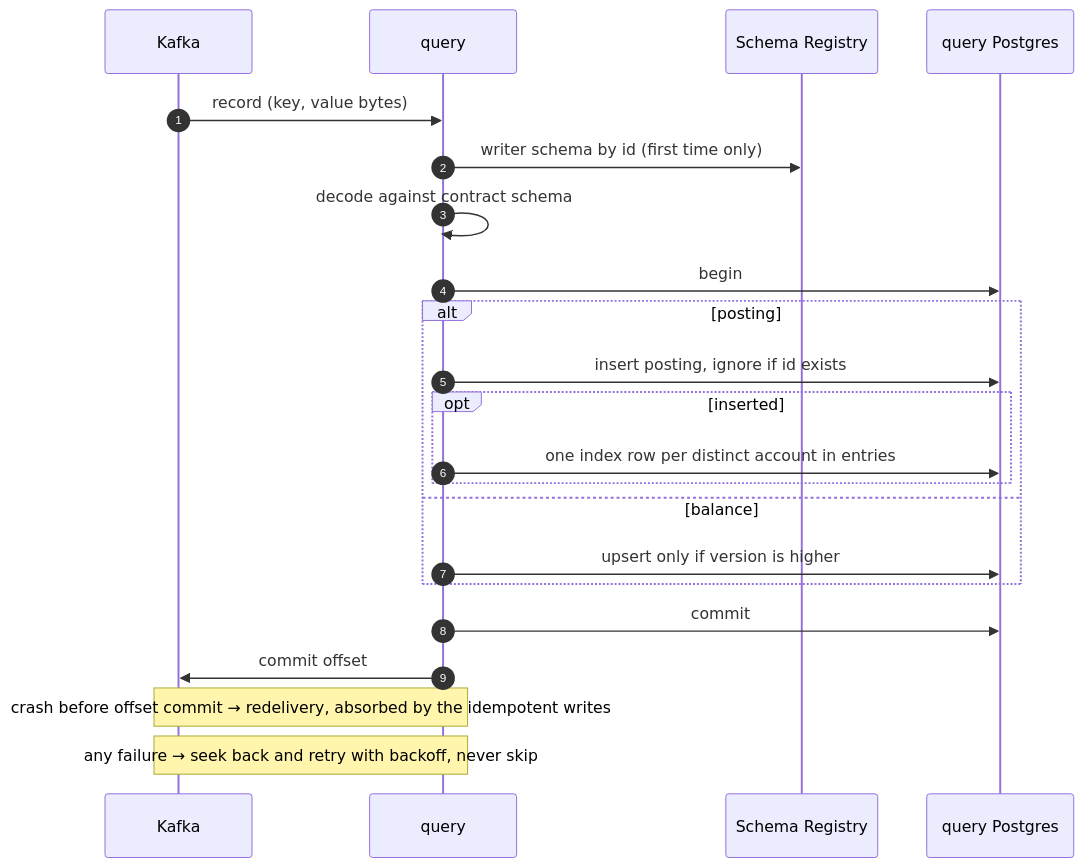
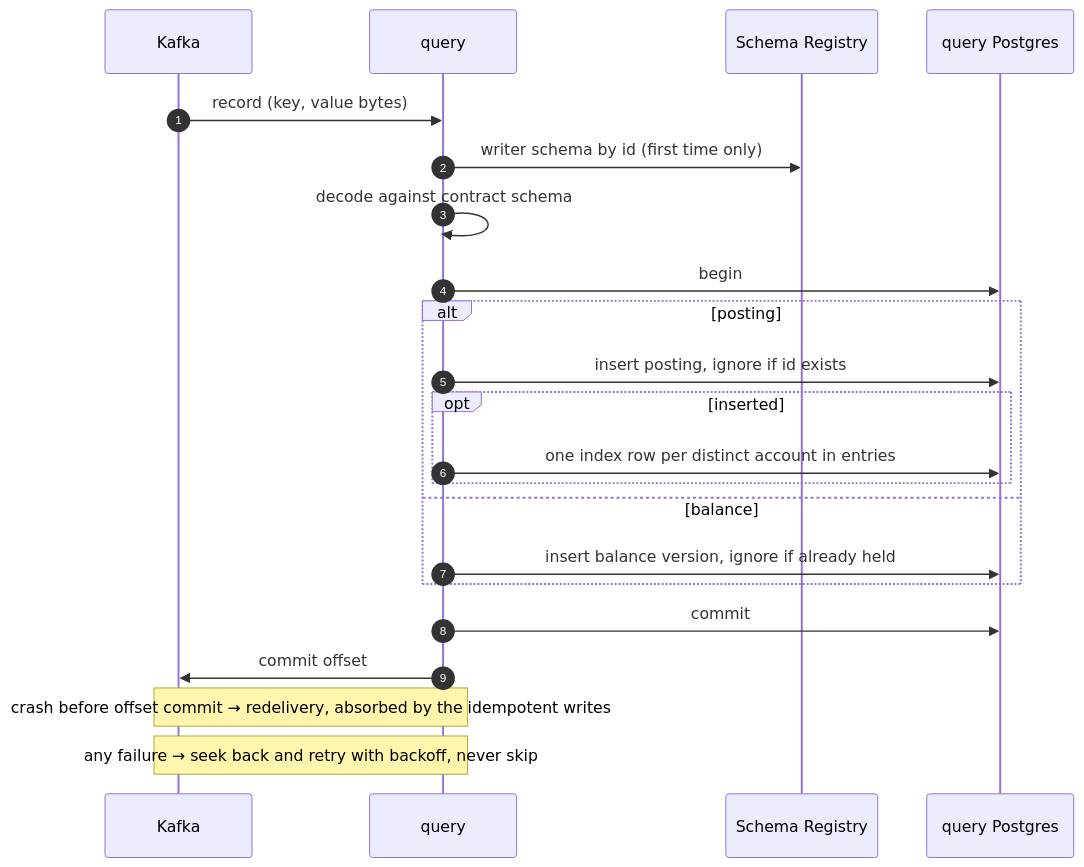
One commit to apulbere/ledger changed the fourth of 5 diagrams in openspec/changes/add-query-transaction-search/design.md. Above: the diagram before and after it, drawn with Mermaid. The commit also changed other lines of this file and 50 other files, not shown here.

````diff
--- a/openspec/changes/add-query-transaction-search/design.md
+++ b/openspec/changes/add-query-transaction-search/design.md
@@ -129,24 +132,24 @@
 ```mermaid
 sequenceDiagram
     autonumber
     participant K as Kafka
     participant Q as query
     participant SR as Schema Registry
     participant DB as query Postgres
     K->>Q: record (key, value bytes)
     Q->>SR: writer schema by id (first time only)
     Q->>Q: decode against contract schema
     Q->>DB: begin
     alt posting
         Q->>DB: insert posting, ignore if id exists
         opt inserted
             Q->>DB: one index row per distinct account in entries
         end
     else balance
-        Q->>DB: upsert only if version is higher
+        Q->>DB: insert balance version, ignore if already held
     end
     Q->>DB: commit
     Q->>K: commit offset
     Note over Q,K: crash before offset commit → redelivery, absorbed by the idempotent writes
     Note over Q,K: any failure → seek back and retry with backoff, never skip
 ```
````
